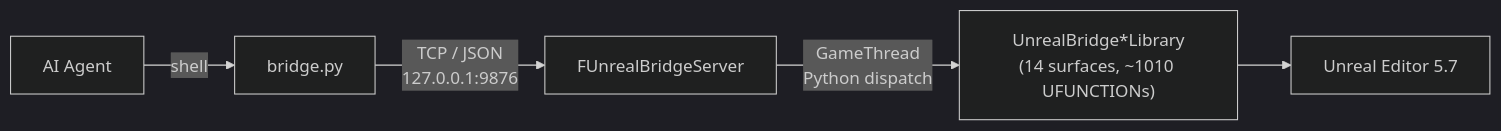
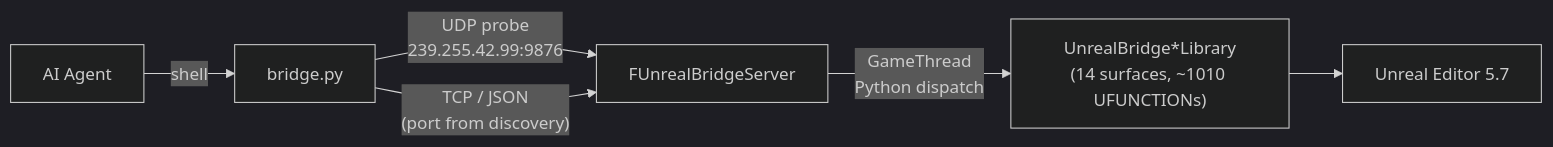
One commit to TornLux/UnrealBridge changed the diagram in README.md. Above: the diagram before and after it, drawn with Mermaid (dark theme). The commit also changed other lines of this file and 1 other file, not shown here.

First line of the commit message:
docs(readme): refresh EN + zh-CN for discovery + dynamic port

````diff
--- a/README.md
+++ b/README.md
@@ -31,13 +31,14 @@
 ```mermaid
 flowchart LR
     Agent["AI Agent"]
     CLI["bridge.py"]
     Server["FUnrealBridgeServer"]
     Libs["UnrealBridge*Library<br/>(14 surfaces, ~1010 UFUNCTIONs)"]
     UE["Unreal Editor 5.7"]
 
     Agent -- "shell" --> CLI
-    CLI -- "TCP / JSON<br/>127.0.0.1:9876" --> Server
+    CLI -- "UDP probe<br/>239.255.42.99:9876" --> Server
+    CLI -- "TCP / JSON<br/>(port from discovery)" --> Server
     Server -- "GameThread<br/>Python dispatch" --> Libs
     Libs --> UE
 ```
````
